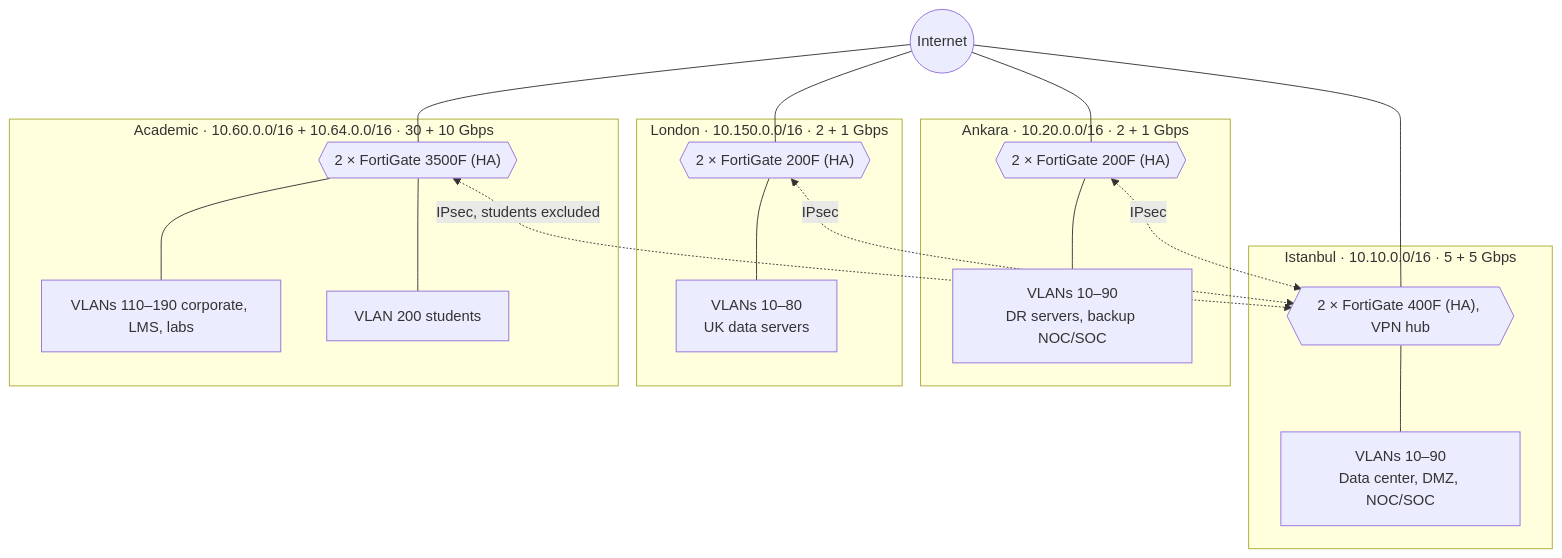
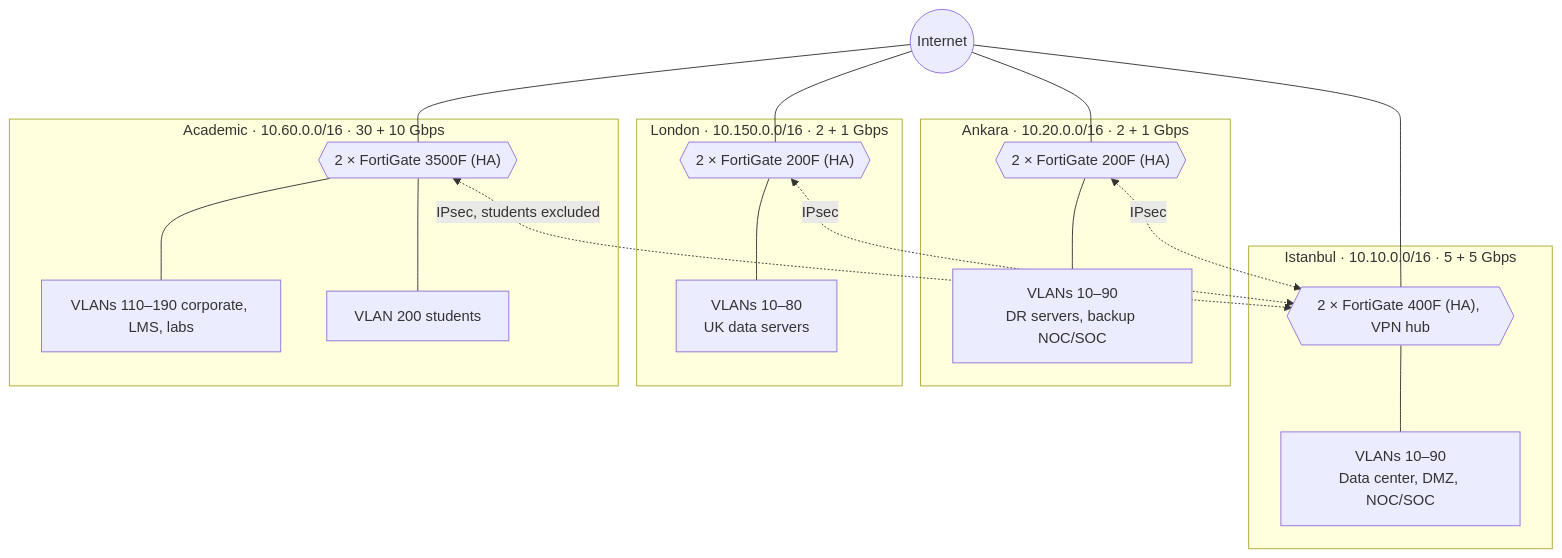
The first of 2 diagrams in firewall-lab/companies/mt-technology-group/README.md (Berrkle/os-lab), drawn with Mermaid before and after one commit. The commit also changed other lines of this file and 4 other files, not shown here.

````diff
--- a/firewall-lab/companies/mt-technology-group/README.md
+++ b/firewall-lab/companies/mt-technology-group/README.md
@@ -104,30 +102,30 @@
 ```mermaid
 flowchart TB
     NET((Internet))
     subgraph IST["Istanbul · 10.10.0.0/16 · 5 + 5 Gbps"]
         FWI{{"2 × FortiGate 400F (HA), VPN hub"}}
         VI["VLANs 10–90<br/>Data center, DMZ, NOC/SOC"]
         FWI --- VI
     end
     subgraph ANK["Ankara · 10.20.0.0/16 · 2 + 1 Gbps"]
         FWA{{"2 × FortiGate 200F (HA)"}}
         VA["VLANs 10–90<br/>DR servers, backup NOC/SOC"]
         FWA --- VA
     end
     subgraph LON["London · 10.150.0.0/16 · 2 + 1 Gbps"]
         FWL{{"2 × FortiGate 200F (HA)"}}
         VL["VLANs 10–80<br/>UK data servers"]
         FWL --- VL
     end
-    subgraph ACA["Academic · 10.60.0.0/16 + 10.64.0.0/16 · 30 + 10 Gbps"]
+    subgraph ACA["Academic · 10.60.0.0/16 · 30 + 10 Gbps"]
         FWC{{"2 × FortiGate 3500F (HA)"}}
         VC["VLANs 110–190 corporate, LMS, labs"]
         VS["VLAN 200 students"]
         FWC --- VC
         FWC --- VS
     end
     NET --- FWI & FWA & FWL & FWC
     FWA <-. "IPsec" .-> FWI
     FWL <-. "IPsec" .-> FWI
     FWC <-. "IPsec, students excluded" .-> FWI
 ```
````
